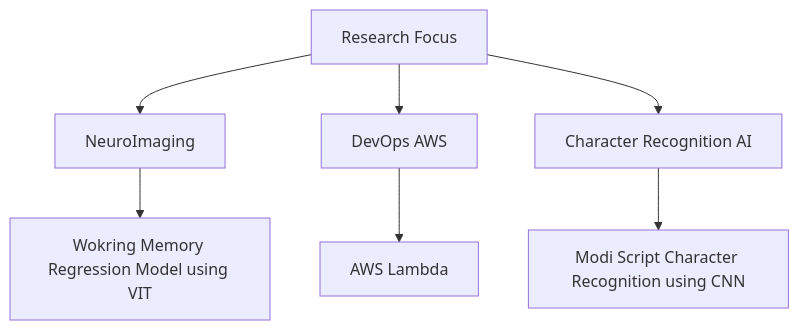
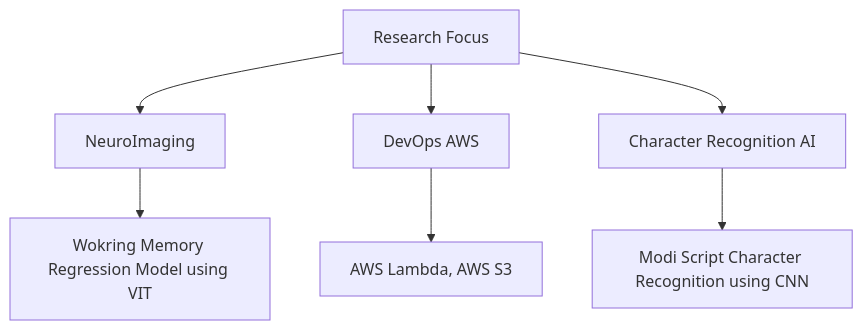
Before and after one commit to dsinha12345/dsinha12345: the diagram in README.md, drawn with Mermaid.

````diff
--- a/README.md
+++ b/README.md
@@ -57,12 +57,12 @@
 ```mermaid  
 graph TD  
     A[Research Focus] --> B[NeuroImaging]  
     A --> C[DevOps AWS]  
     A --> D[Character Recognition AI]  
 
     B --> E[Wokring Memory Regression Model using VIT]  
-    C --> F[AWS Lambda]   
+    C --> F[AWS Lambda, AWS S3]   
     D --> G[Modi Script Character Recognition using CNN]  
 
 
 ```
````
